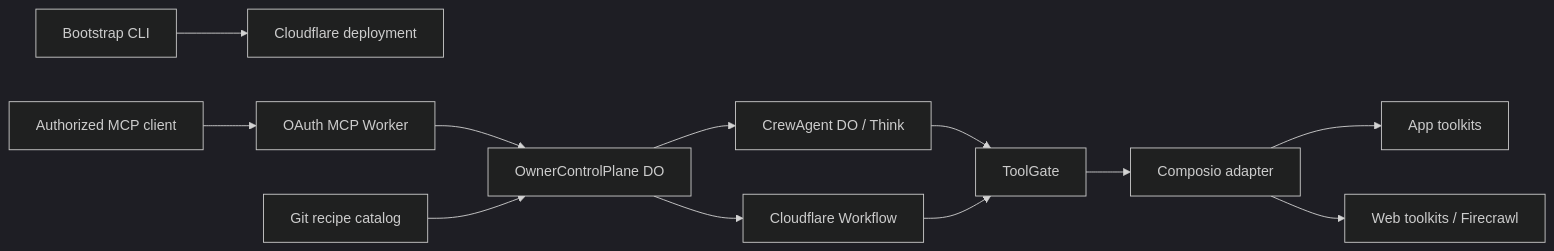
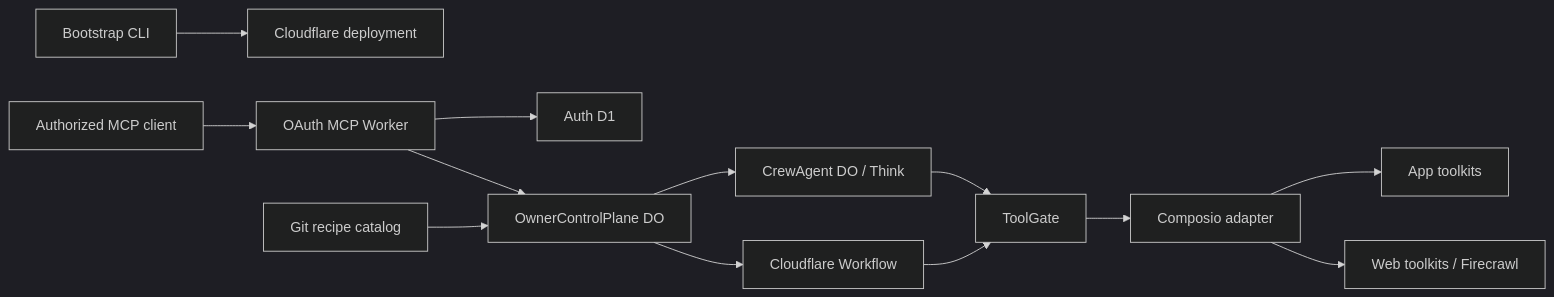
One commit to fkrein1/crewhelm changed the diagram in docs/architecture/system.md. Above: the diagram before and after it, drawn with Mermaid (dark theme). The commit also changed other lines of this file and 23 other files, not shown here.

````diff
--- a/docs/architecture/system.md
+++ b/docs/architecture/system.md
@@ -11,14 +11,15 @@
 ```mermaid
 flowchart LR
     CLI["Bootstrap CLI"] --> Deploy["Cloudflare deployment"]
     MCP["Authorized MCP client"] --> Ingress["OAuth MCP Worker"]
+    Ingress --> Auth["Auth D1"]
     Ingress --> CP["OwnerControlPlane DO"]
     Catalog["Git recipe catalog"] --> CP
     CP --> Agent["CrewAgent DO / Think"]
     CP --> Flow["Cloudflare Workflow"]
     Agent --> Gate["ToolGate"]
     Flow --> Gate
     Gate --> Composio["Composio adapter"]
     Composio --> Apps["App toolkits"]
     Composio --> Web["Web toolkits / Firecrawl"]
 ```
````
